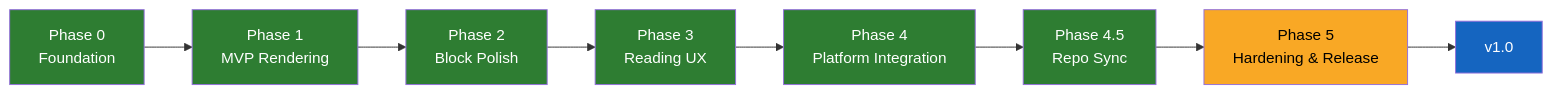
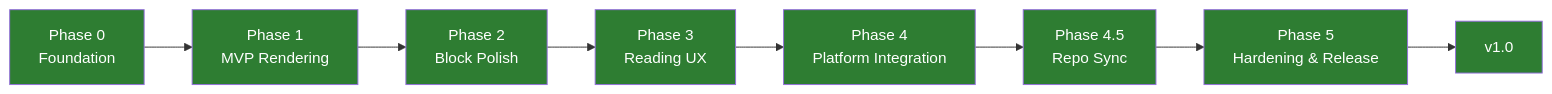
The diagram in docs/roadmap.md (cemililik/markdown-viewer-mobile), drawn with Mermaid before and after one commit. The commit also changed other lines of this file and 14 other files, not shown here.

````diff
--- a/docs/roadmap.md
+++ b/docs/roadmap.md
@@ -5,19 +5,19 @@
 ```mermaid
 graph LR
     P0[Phase 0<br/>Foundation] --> P1[Phase 1<br/>MVP Rendering]
     P1 --> P2[Phase 2<br/>Block Polish]
     P2 --> P3[Phase 3<br/>Reading UX]
     P3 --> P4[Phase 4<br/>Platform Integration]
     P4 --> P45[Phase 4.5<br/>Repo Sync]
     P45 --> P5[Phase 5<br/>Hardening & Release]
     P5 --> V1[v1.0]
 
     style P0 fill:#2e7d32,color:#fff
     style P1 fill:#2e7d32,color:#fff
     style P2 fill:#2e7d32,color:#fff
     style P3 fill:#2e7d32,color:#fff
     style P4 fill:#2e7d32,color:#fff
     style P45 fill:#2e7d32,color:#fff
-    style P5 fill:#f9a825,color:#000
-    style V1 fill:#1565c0,color:#fff
+    style P5 fill:#2e7d32,color:#fff
+    style V1 fill:#2e7d32,color:#fff
 ```
````
